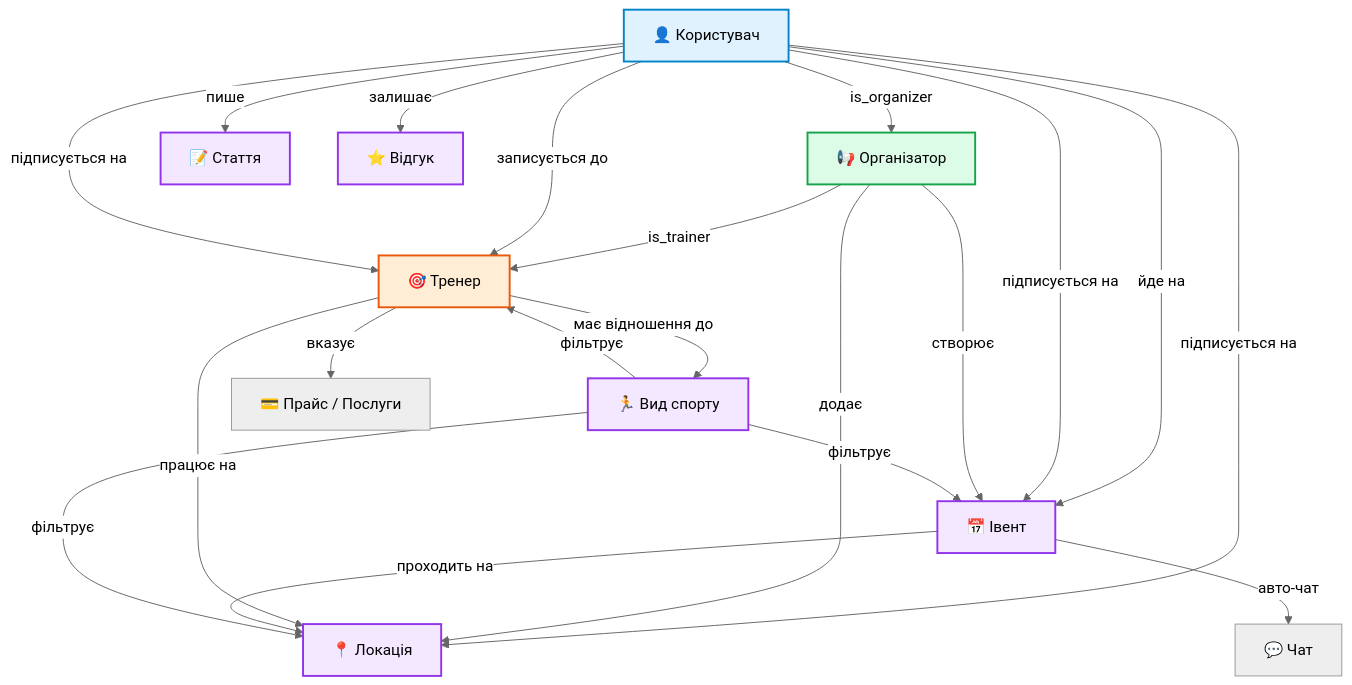
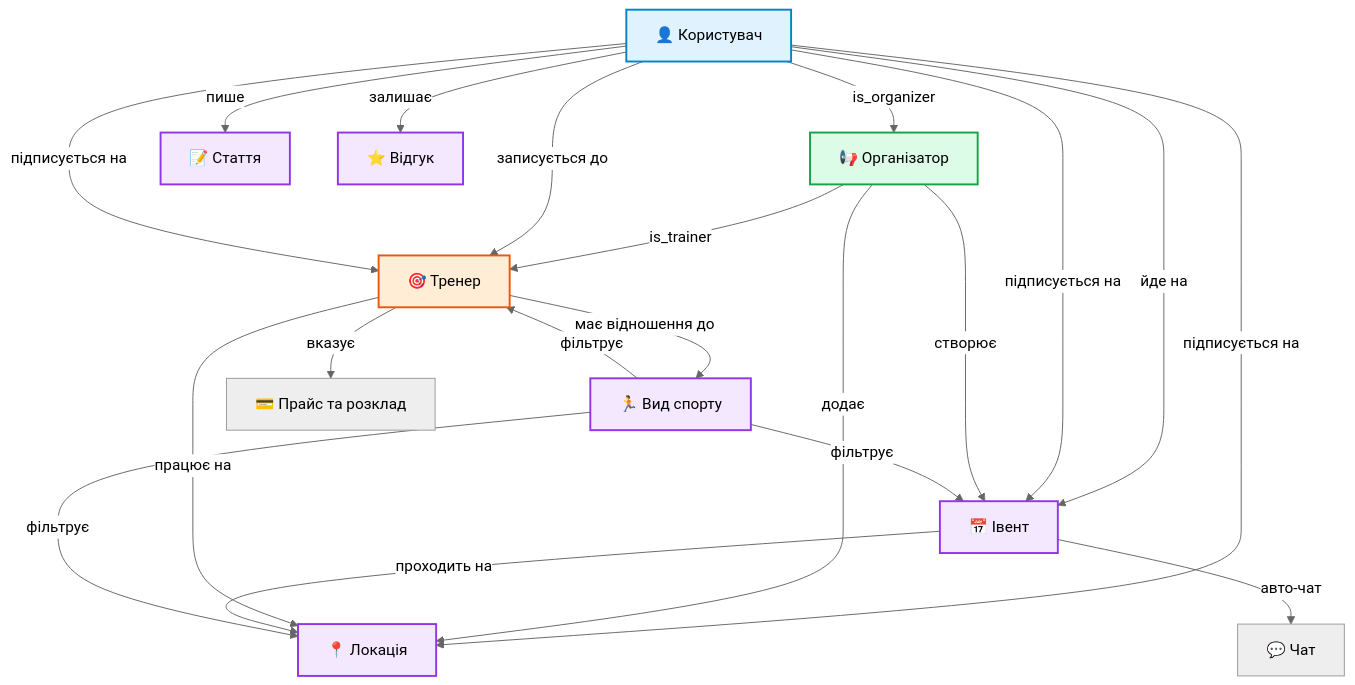
Before and after one commit to lingarmlana/na-sporti-documents: the diagram in README.md, drawn with Mermaid (neutral theme).

````diff
--- a/README.md
+++ b/README.md
@@ -3,31 +3,31 @@
 ```mermaid
 graph TD
     classDef base fill:#e0f2fe,stroke:#0284c7,stroke-width:2px;
     classDef org fill:#dcfce7,stroke:#16a34a,stroke-width:2px;
     classDef trainer fill:#ffedd5,stroke:#ea580c,stroke-width:2px;
     classDef content fill:#f3e8ff,stroke:#9333ea,stroke-width:2px;
 
     U[👤 Користувач]:::base -->|is_organizer| O[📢 Організатор]:::org
     O -->|is_trainer| T[🎯 Тренер]:::trainer
 
     U -->|пише| A[📝 Стаття]:::content
     U -->|залишає| R[⭐ Відгук]:::content
     U -->|йде на| E[📅 Івент]:::content
     U -->|записується до| T
     U -->|підписується на| T
     U -->|підписується на| E
     U -->|підписується на| L
 
     O -->|створює| E
     O -->|додає| L[📍 Локація]:::content
 
     T -->|має відношення до| S[🏃 Вид спорту]:::content
-    T -->|вказує| P[💳 Прайс / Послуги]
+    T -->|вказує| P[💳 Прайс та розклад]
     T -->|працює на| L
 
     E -->|проходить на| L
     E -->|авто-чат| C[💬 Чат]
     S -->|фільтрує| E
     S -->|фільтрує| L
     S -->|фільтрує| T
 ```
````
